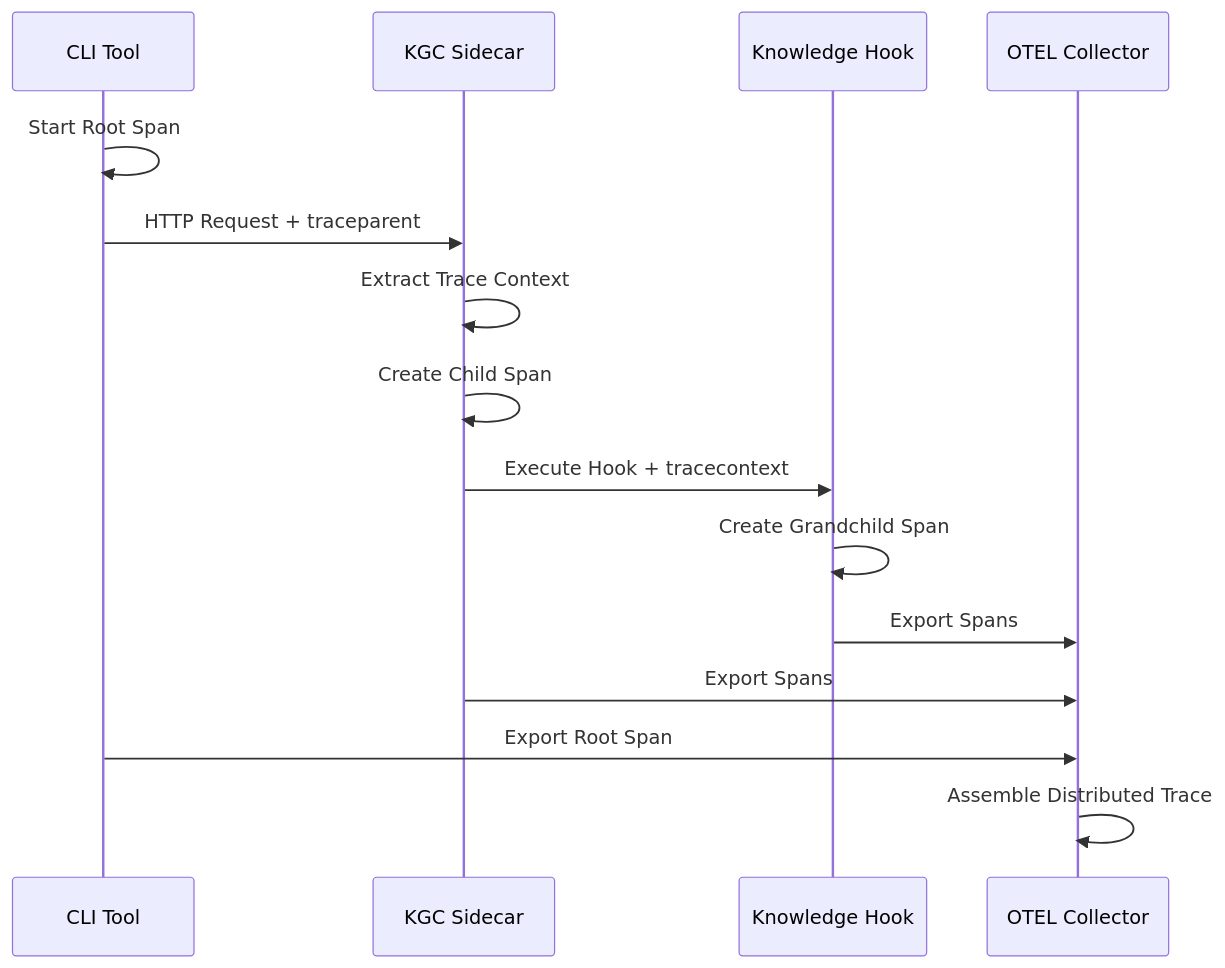
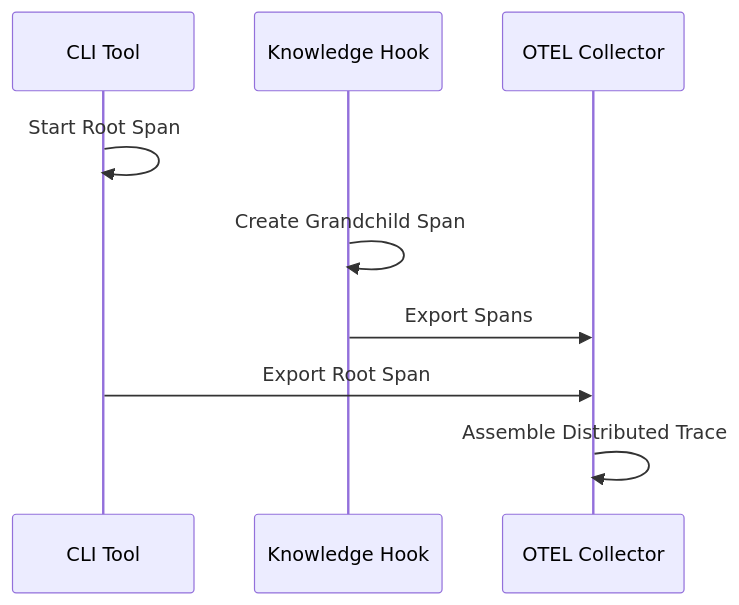
Before and after one commit to seanchatmangpt/unrdf: the fourth of 4 diagrams in docs/archive/INFRASTRUCTURE-VALIDATION-REPORT.md, drawn with Mermaid. The commit also changed other lines of this file and 240 other files, not shown here.

````diff
--- a/docs/archive/INFRASTRUCTURE-VALIDATION-REPORT.md
+++ b/docs/archive/INFRASTRUCTURE-VALIDATION-REPORT.md
@@ -387,18 +378,12 @@
 ```mermaid
 sequenceDiagram
     participant CLI as CLI Tool
-    participant Sidecar as KGC Sidecar
     participant Hook as Knowledge Hook
     participant OTEL as OTEL Collector
 
     CLI->>CLI: Start Root Span
-    CLI->>Sidecar: HTTP Request + traceparent
-    Sidecar->>Sidecar: Extract Trace Context
-    Sidecar->>Sidecar: Create Child Span
-    Sidecar->>Hook: Execute Hook + tracecontext
     Hook->>Hook: Create Grandchild Span
     Hook->>OTEL: Export Spans
-    Sidecar->>OTEL: Export Spans
     CLI->>OTEL: Export Root Span
     OTEL->>OTEL: Assemble Distributed Trace
 ```
````
